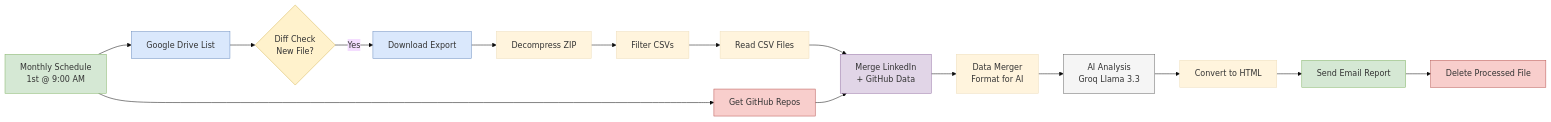
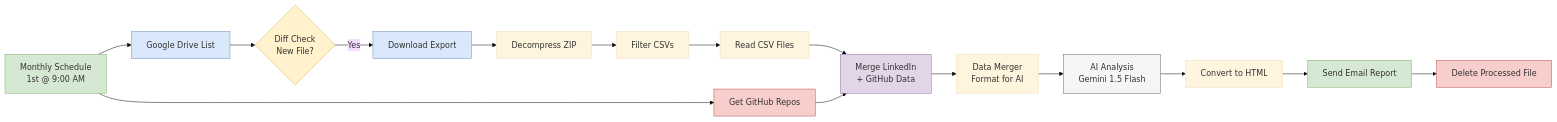
The diagram in README.md (Manojkumarw13/LinkedIn-Intelligence-System), drawn with Mermaid (base theme) before and after one commit. The commit also changed other lines of this file and 2 other files, not shown here.

Commit message:
feat: Switch LinkedIn workflow from Groq to Gemini 1.5 Flash (1M context)

````diff
--- a/README.md
+++ b/README.md
@@ -17,35 +17,35 @@
 ```mermaid
 flowchart LR
     A["Monthly Schedule
     1st @ 9:00 AM"] --> B["Google Drive List"]
     A --> C["Get GitHub Repos"]
 
     B --> D{"Diff Check
     New File?"}
     D -->|Yes| E["Download Export"]
     E --> F["Decompress ZIP"]
     F --> G["Filter CSVs"]
     G --> H["Read CSV Files"]
 
     H --> I["Merge LinkedIn
     + GitHub Data"]
     C --> I
 
     I --> J["Data Merger
     Format for AI"]
     J --> K["AI Analysis
-    Groq Llama 3.3"]
+    Gemini 1.5 Flash"]
     K --> L["Convert to HTML"]
     L --> M["Send Email Report"]
     M --> N["Delete Processed File"]
 
     style A fill:#d5e8d4,stroke:#82b366
     style B fill:#dae8fc,stroke:#6c8ebf
     style C fill:#f8cecc,stroke:#b85450
     style D fill:#fff2cc,stroke:#d6b656
     style E fill:#dae8fc,stroke:#6c8ebf
     style I fill:#e1d5e7,stroke:#9673a6
     style K fill:#f5f5f5,stroke:#666666
     style M fill:#d5e8d4,stroke:#82b366
     style N fill:#f8cecc,stroke:#b85450
 ```
````
